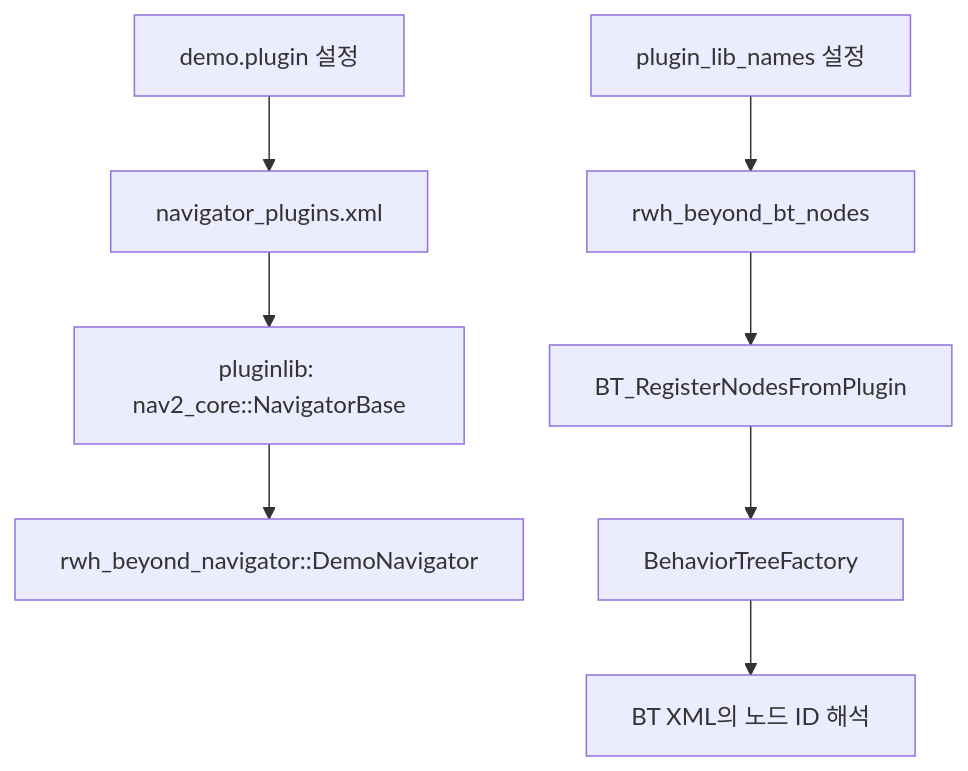
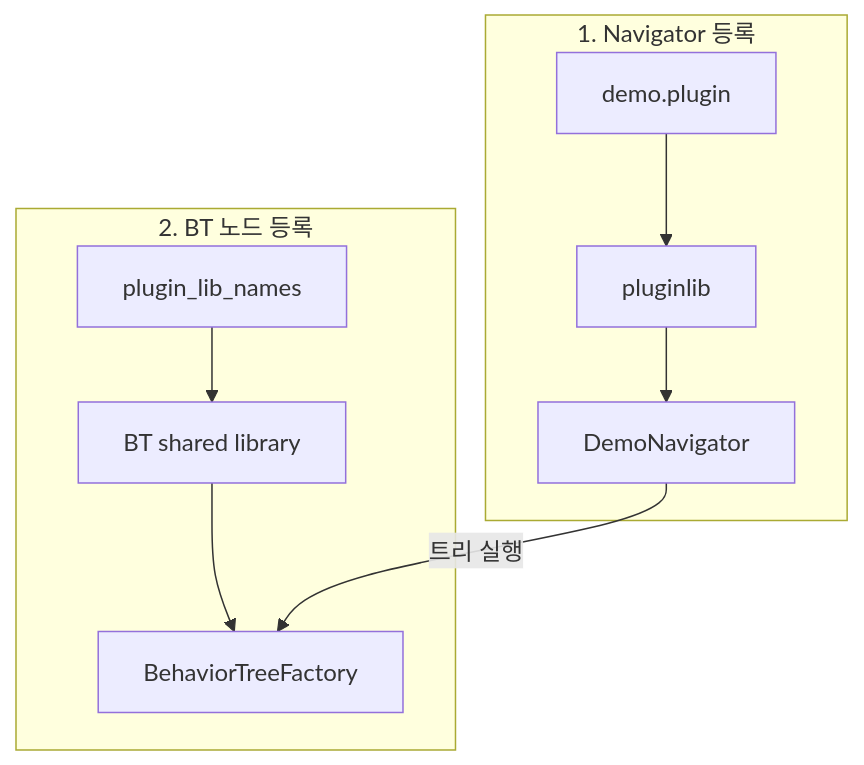
Before and after one commit to ggh-png/rwh_beyond: the second of 3 diagrams in docs/bt-architecture.md, drawn with Mermaid. The commit also changed other lines of this file and 5 other files, not shown here.

Commit message:
Improve readability of behavior tree architecture guides

````diff
--- a/docs/bt-architecture.md
+++ b/docs/bt-architecture.md
@@ -42,10 +67,12 @@
 ```mermaid
 flowchart TD
-    NavConfig["demo.plugin 설정"] --> NavXML["navigator_plugins.xml"]
-    NavXML --> Pluginlib["pluginlib: nav2_core::NavigatorBase"]
-    Pluginlib --> NavClass["rwh_beyond_navigator::DemoNavigator"]
-    BTConfig["plugin_lib_names 설정"] --> BTLib["rwh_beyond_bt_nodes"]
-    BTLib --> Entry["BT_RegisterNodesFromPlugin"]
-    Entry --> Factory["BehaviorTreeFactory"]
-    Factory --> Nodes["BT XML의 노드 ID 해석"]
+    subgraph NAV["1. Navigator 등록"]
+        NC["demo.plugin"] --> NL["pluginlib"]
+        NL --> NN["DemoNavigator"]
+    end
+    subgraph BT["2. BT 노드 등록"]
+        BC["plugin_lib_names"] --> BL["BT shared library"]
+        BL --> BF["BehaviorTreeFactory"]
+    end
+    NN -->|"트리 실행"| BF
 ```
````
